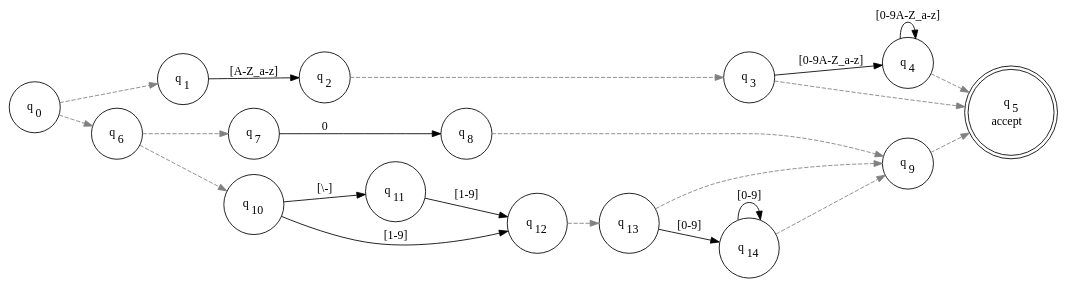
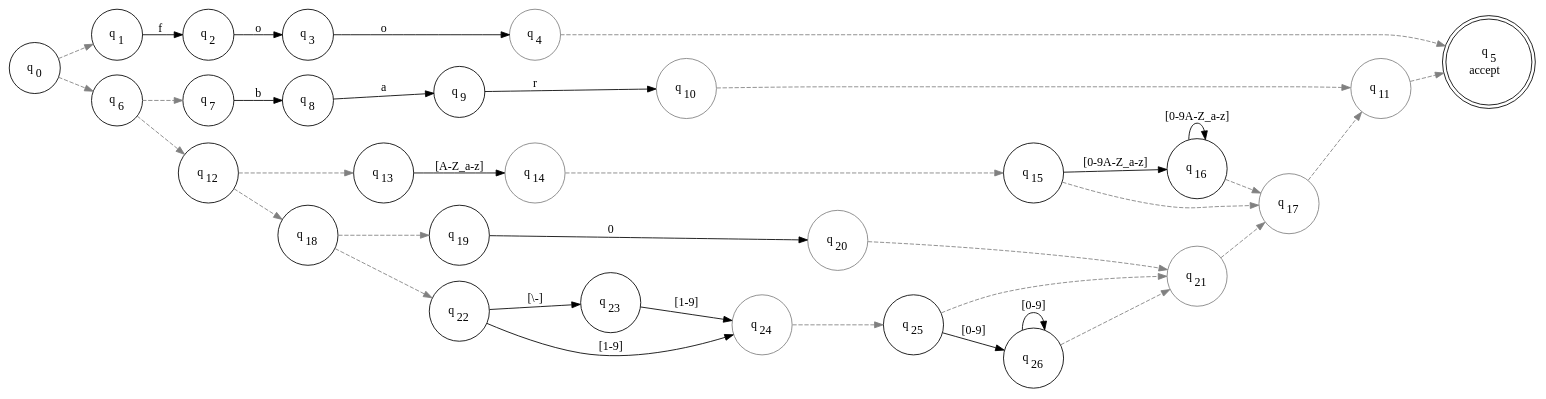
Before and after one commit to codewitch-honey-crisis/FsmExplorer: the diagram in SimpleDemo/expression_nfa.dot, drawn with Graphviz. The commit also changed 12 other files, not shown here.

```diff
--- a/SimpleDemo/expression_nfa.dot
+++ b/SimpleDemo/expression_nfa.dot
@@ -1,41 +1,68 @@
 digraph FA {
 rankdir=LR
 node [shape=circle]
 q0->q1 [style=dashed,color=gray]
 q0->q6 [style=dashed,color=gray]
-q1->q2 [label="[A-Z_a-z]"]
-q2->q3 [style=dashed,color=gray]
-q3->q4 [label="[0-9A-Z_a-z]"]
-q3->q5 [style=dashed,color=gray]
-q4->q4 [label="[0-9A-Z_a-z]"]
+q1->q2 [label="f"]
+q2->q3 [label="o"]
+q3->q4 [label="o"]
 q4->q5 [style=dashed,color=gray]
 q6->q7 [style=dashed,color=gray]
-q6->q10 [style=dashed,color=gray]
-q7->q8 [label="0"]
-q8->q9 [style=dashed,color=gray]
-q9->q5 [style=dashed,color=gray]
-q10->q11 [label="[\\-]"]
-q10->q12 [label="[1-9]"]
-q11->q12 [label="[1-9]"]
+q6->q12 [style=dashed,color=gray]
+q7->q8 [label="b"]
+q8->q9 [label="a"]
+q9->q10 [label="r"]
+q10->q11 [style=dashed,color=gray]
+q11->q5 [style=dashed,color=gray]
 q12->q13 [style=dashed,color=gray]
-q13->q14 [label="[0-9]"]
-q13->q9 [style=dashed,color=gray]
-q14->q14 [label="[0-9]"]
-q14->q9 [style=dashed,color=gray]
+q12->q18 [style=dashed,color=gray]
+q13->q14 [label="[A-Z_a-z]"]
+q14->q15 [style=dashed,color=gray]
+q15->q16 [label="[0-9A-Z_a-z]"]
+q15->q17 [style=dashed,color=gray]
+q16->q16 [label="[0-9A-Z_a-z]"]
+q16->q17 [style=dashed,color=gray]
+q17->q11 [style=dashed,color=gray]
+q18->q19 [style=dashed,color=gray]
+q18->q22 [style=dashed,color=gray]
+q19->q20 [label="0"]
+q20->q21 [style=dashed,color=gray]
+q21->q17 [style=dashed,color=gray]
+q22->q23 [label="[\\-]"]
+q22->q24 [label="[1-9]"]
+q23->q24 [label="[1-9]"]
+q24->q25 [style=dashed,color=gray]
+q25->q26 [label="[0-9]"]
+q25->q21 [style=dashed,color=gray]
+q26->q26 [label="[0-9]"]
+q26->q21 [style=dashed,color=gray]
 q0 [label=<<TABLE BORDER="0"><TR><TD>q<SUB>0</SUB></TD></TR></TABLE>>]
 q1 [label=<<TABLE BORDER="0"><TR><TD>q<SUB>1</SUB></TD></TR></TABLE>>]
 q2 [label=<<TABLE BORDER="0"><TR><TD>q<SUB>2</SUB></TD></TR></TABLE>>]
 q3 [label=<<TABLE BORDER="0"><TR><TD>q<SUB>3</SUB></TD></TR></TABLE>>]
-q4 [label=<<TABLE BORDER="0"><TR><TD>q<SUB>4</SUB></TD></TR></TABLE>>]
+q4 [label=<<TABLE BORDER="0"><TR><TD>q<SUB>4</SUB></TD></TR></TABLE>>,color=gray]
 q5 [label=<<TABLE BORDER="0"><TR><TD>q<SUB>5</SUB></TD></TR><TR><TD>accept</TD></TR></TABLE>>,shape=doublecircle]
 q6 [label=<<TABLE BORDER="0"><TR><TD>q<SUB>6</SUB></TD></TR></TABLE>>]
 q7 [label=<<TABLE BORDER="0"><TR><TD>q<SUB>7</SUB></TD></TR></TABLE>>]
 q8 [label=<<TABLE BORDER="0"><TR><TD>q<SUB>8</SUB></TD></TR></TABLE>>]
 q9 [label=<<TABLE BORDER="0"><TR><TD>q<SUB>9</SUB></TD></TR></TABLE>>]
-q10 [label=<<TABLE BORDER="0"><TR><TD>q<SUB>10</SUB></TD></TR></TABLE>>]
-q11 [label=<<TABLE BORDER="0"><TR><TD>q<SUB>11</SUB></TD></TR></TABLE>>]
+q10 [label=<<TABLE BORDER="0"><TR><TD>q<SUB>10</SUB></TD></TR></TABLE>>,color=gray]
+q11 [label=<<TABLE BORDER="0"><TR><TD>q<SUB>11</SUB></TD></TR></TABLE>>,color=gray]
 q12 [label=<<TABLE BORDER="0"><TR><TD>q<SUB>12</SUB></TD></TR></TABLE>>]
 q13 [label=<<TABLE BORDER="0"><TR><TD>q<SUB>13</SUB></TD></TR></TABLE>>]
-q14 [label=<<TABLE BORDER="0"><TR><TD>q<SUB>14</SUB></TD></TR></TABLE>>]
+q14 [label=<<TABLE BORDER="0"><TR><TD>q<SUB>14</SUB></TD></TR></TABLE>>,color=gray]
+q15 [label=<<TABLE BORDER="0"><TR><TD>q<SUB>15</SUB></TD></TR></TABLE>>]
+q16 [label=<<TABLE BORDER="0"><TR><TD>q<SUB>16</SUB></TD></TR></TABLE>>]
+q17 [label=<<TABLE BORDER="0"><TR><TD>q<SUB>17</SUB></TD></TR></TABLE>>,color=gray]
+q18 [label=<<TABLE BORDER="0"><TR><TD>q<SUB>18</SUB></TD></TR></TABLE>>]
+q19 [label=<<TABLE BORDER="0"><TR><TD>q<SUB>19</SUB></TD></TR></TABLE>>]
+q20 [label=<<TABLE BORDER="0"><TR><TD>q<SUB>20</SUB></TD></TR></TABLE>>,color=gray]
+q21 [label=<<TABLE BORDER="0"><TR><TD>q<SUB>21</SUB></TD></TR></TABLE>>,color=gray]
+q22 [label=<<TABLE BORDER="0"><TR><TD>q<SUB>22</SUB></TD></TR></TABLE>>]
+q23 [label=<<TABLE BORDER="0"><TR><TD>q<SUB>23</SUB></TD></TR></TABLE>>]
+q24 [label=<<TABLE BORDER="0"><TR><TD>q<SUB>24</SUB></TD></TR></TABLE>>,color=gray]
+q25 [label=<<TABLE BORDER="0"><TR><TD>q<SUB>25</SUB></TD></TR></TABLE>>]
+q26 [label=<<TABLE BORDER="0"><TR><TD>q<SUB>26</SUB></TD></TR></TABLE>>]
 q5 [shape=doublecircle]
+q4,q10,q11,q14,q17,q20,q21,q24 [color=gray]
 }
```
